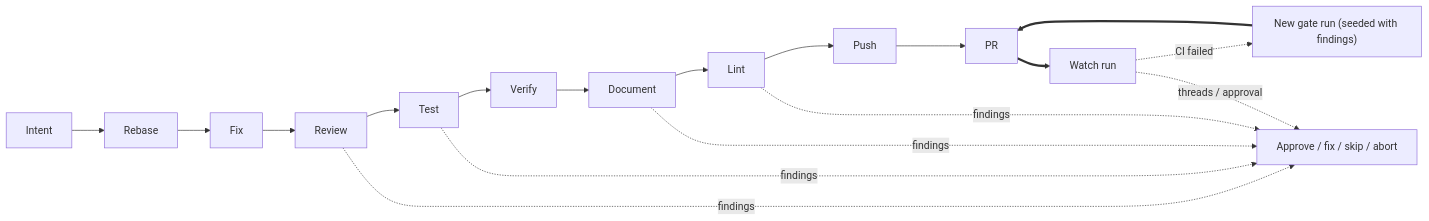
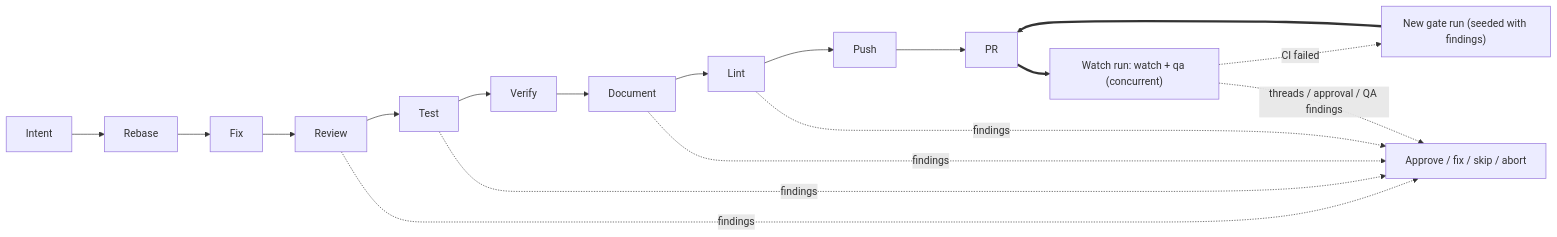
Before and after one commit to haozhenfei/no-mistakes: the diagram in docs/src/content/docs/concepts/pipeline.md, drawn with Mermaid. The commit also changed other lines of this file and 34 other files, not shown here.

````diff
--- a/docs/src/content/docs/concepts/pipeline.md
+++ b/docs/src/content/docs/concepts/pipeline.md
@@ -15,12 +16,12 @@
 ```mermaid
 flowchart LR
   intent["Intent"] --> rebase["Rebase"] --> fix["Fix"] --> review["Review"] --> test["Test"] --> verify["Verify"] --> document["Document"] --> lint["Lint"] --> push["Push"] --> pr["PR"]
-  pr ==> watch["Watch run"]
+  pr ==> watch["Watch run: watch + qa (concurrent)"]
   review -. findings .-> action["Approve / fix / skip / abort"]
   test -. findings .-> action
   document -. findings .-> action
   lint -. findings .-> action
   watch -. "CI failed" .-> gate2["New gate run (seeded with findings)"]
-  watch -. "threads / approval" .-> action
+  watch -. "threads / approval / QA findings" .-> action
   gate2 ==> pr
 ```
````
